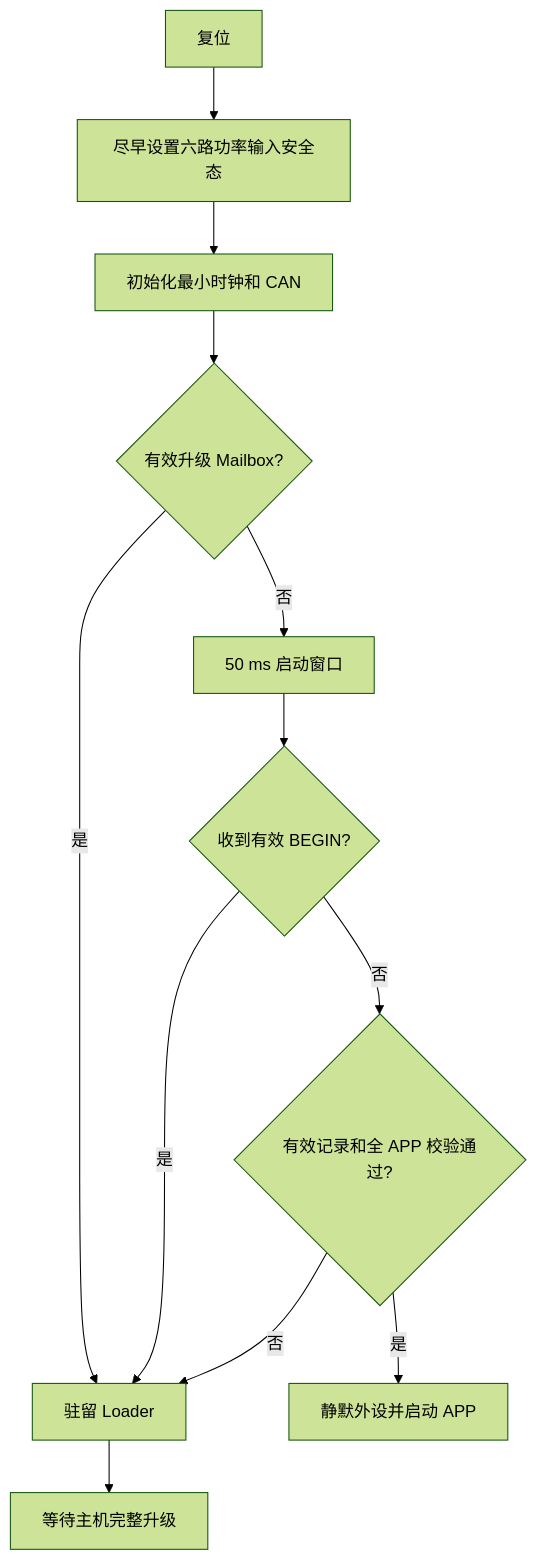
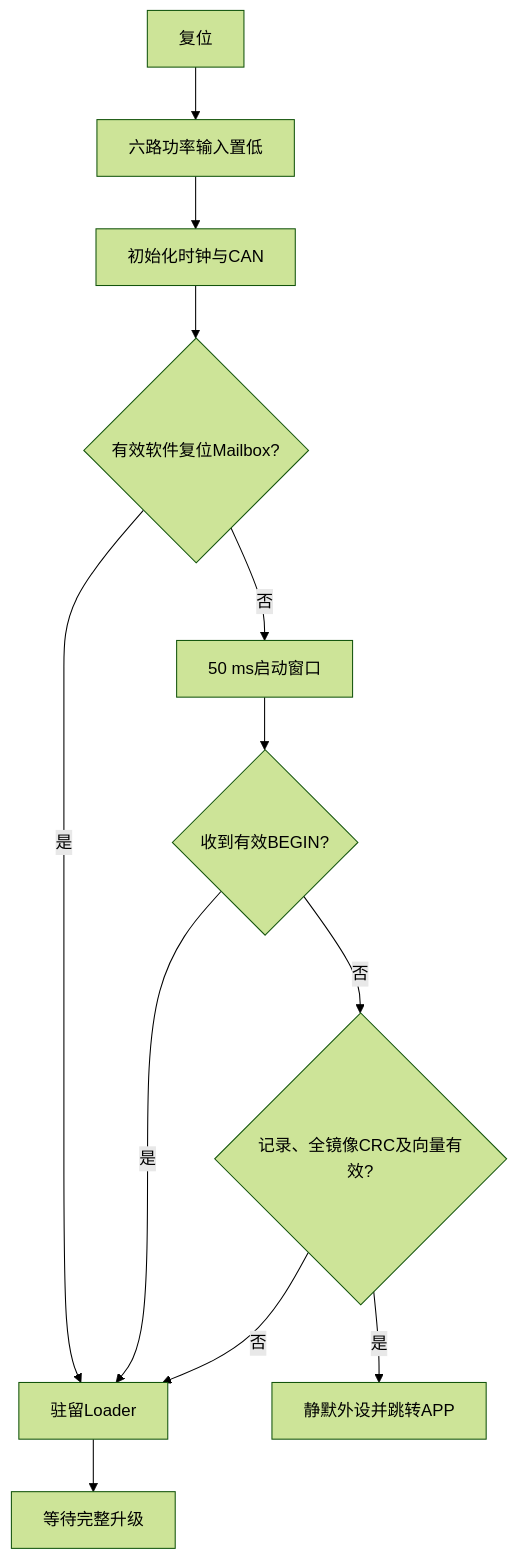
The diagram in docs/plans/2026-10-13-can-loader-minimal-design-v1.md (haoyang877/Vector_Mini_ST_Firmware), drawn with Mermaid (forest theme) before and after one commit. The commit also changed other lines of this file and 1 other file, not shown here.

Commit message:
docs(loader): consolidate current design and remove historical duplication

````diff
--- a/docs/plans/2026-10-13-can-loader-minimal-design-v1.md
+++ b/docs/plans/2026-10-13-can-loader-minimal-design-v1.md
@@ -92,14 +42,14 @@
 ```mermaid
 flowchart TD
-    R[复位] --> S[尽早设置六路功率输入安全态]
-    S --> I[初始化最小时钟和 CAN]
-    I --> M{有效升级 Mailbox?}
-    M -- 是 --> L[驻留 Loader]
-    M -- 否 --> W[50 ms 启动窗口]
-    W --> E{收到有效 BEGIN?}
-    E -- 是 --> L
-    E -- 否 --> V{有效记录和全 APP 校验通过?}
-    V -- 是 --> A[静默外设并启动 APP]
+    R[复位] --> S[六路功率输入置低]
+    S --> I[初始化时钟与CAN]
+    I --> M{有效软件复位Mailbox?}
+    M -- 是 --> L[驻留Loader]
+    M -- 否 --> W[50 ms启动窗口]
+    W --> B{收到有效BEGIN?}
+    B -- 是 --> L
+    B -- 否 --> V{记录、全镜像CRC及向量有效?}
+    V -- 是 --> A[静默外设并跳转APP]
     V -- 否 --> L
-    L --> U[等待主机完整升级]
+    L --> U[等待完整升级]
 ```
````
